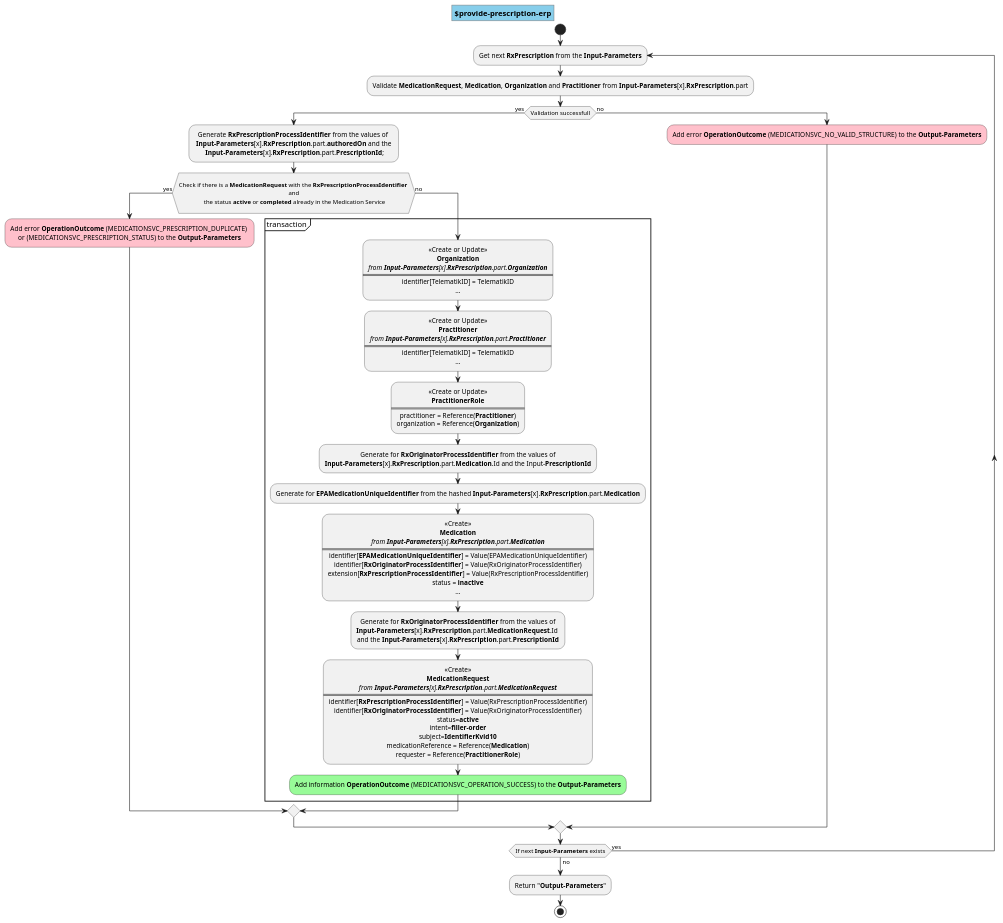
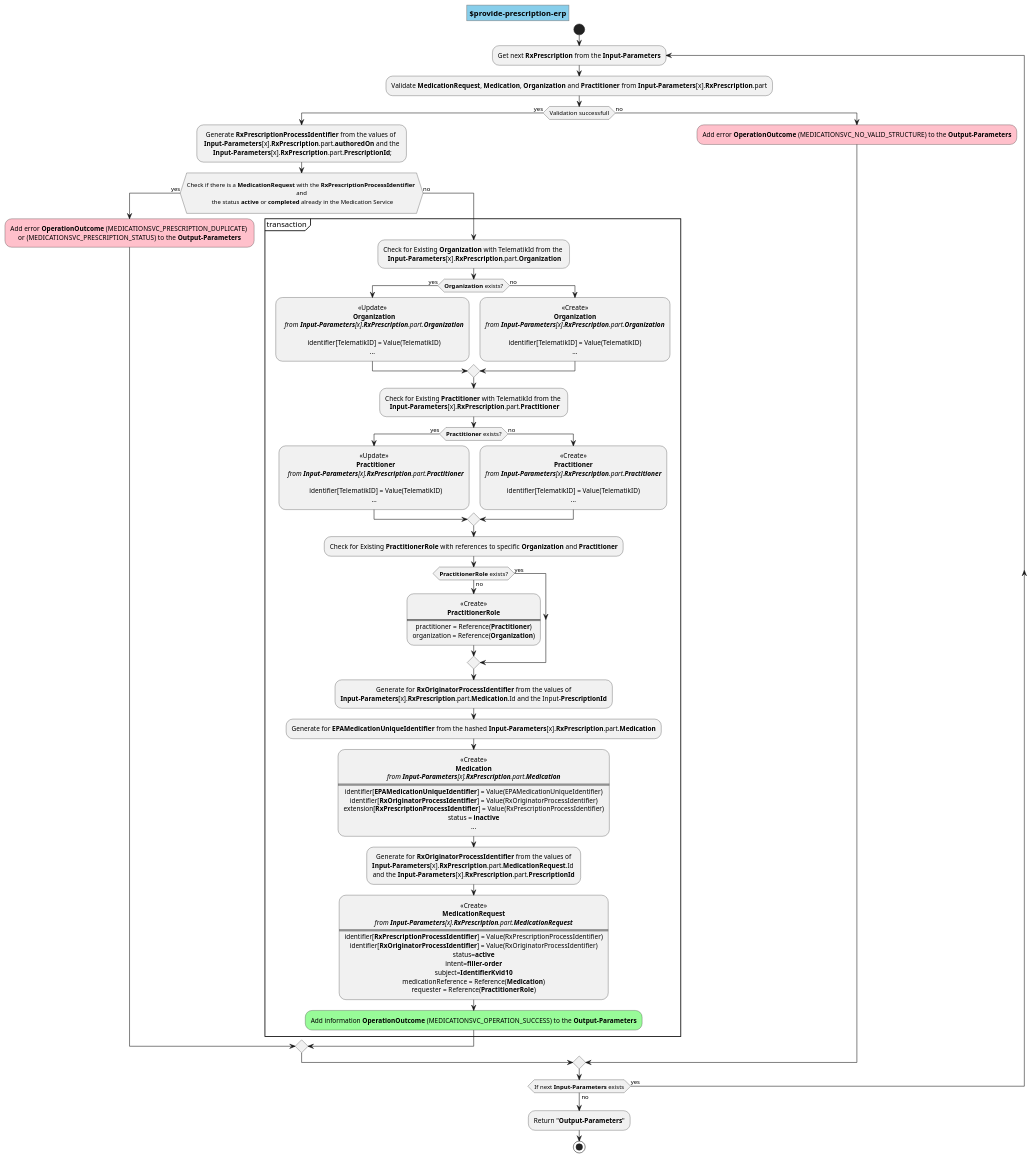
One commit to gematik/ePA-Medication changed the diagram in src/plantuml/operation.provide-prescription-erp.puml. Above: the diagram before and after it, drawn with PlantUML. The commit also changed 28 other files, not shown here.

```diff
--- a/src/plantuml/operation.provide-prescription-erp.puml
+++ b/src/plantuml/operation.provide-prescription-erp.puml
@@ -1,91 +1,129 @@
 @startuml operation.provide-prescription-erp
 skinparam defaultTextAlignment center
 skinparam title {
   backgroundColor SkyBlue
   borderColor Gray
 } 
 title $provide-prescription-erp
 start
 
 
 repeat:Get next <b>RxPrescription</b> from the <b>Input-Parameters</b>;
 
 :Validate <b>MedicationRequest</b>, <b>Medication</b>, <b>Organization</b> and <b>Practitioner</b> from <b>Input-Parameters</b>[x].<b>RxPrescription</b>.part;
 
 if (Validation successfull) then (yes)
   
   :Generate <b>RxPrescriptionProcessIdentifier</b> from the values of \n <b>Input-Parameters</b>[x].<b>RxPrescription</b>.part.<b>authoredOn</b> and the \n <b>Input-Parameters</b>[x].<b>RxPrescription</b>.part.<b>PrescriptionId</b>;;
 
   if(\rCheck if there is a <b>MedicationRequest</b> with the <b>RxPrescriptionProcessIdentifier</b> \n and \n the status <b>active</b> or <b>completed</b> already in the Medication Service\r) then (yes)
     
     #Pink:Add error <b>OperationOutcome</b> (MEDICATIONSVC_PRESCRIPTION_DUPLICATE) \nor (MEDICATIONSVC_PRESCRIPTION_STATUS) to the <b>Output-Parameters</b>; 
   
   else (no)
 
     partition transaction {
         
-      :<< Create or Update >> 
-      <b>Organization</b>
-      <i>from <b>Input-Parameters</b>[x].<b>RxPrescription</b>.part.<b>Organization</b></i>
-      ====
-      identifier[TelematikID] = TelematikID
+      :Check for Existing <b>Organization</b> with TelematikId from the \n <b>Input-Parameters</b>[x].<b>RxPrescription</b>.part.<b>Organization</b>;
+
+      if (<b>Organization</b> exists?) then (yes)
+
+        :<<Update >> 
+        <b>Organization</b>
+        <i>from <b>Input-Parameters</b>[x].<b>RxPrescription</b>.part.<b>Organization</b></i>
+        
+        identifier[TelematikID] = Value(TelematikID)
       ...;
+
+      else (no)
+
+        :<< Create >> 
+        <b>Organization</b>
+        <i>from <b>Input-Parameters</b>[x].<b>RxPrescription</b>.part.<b>Organization</b></i>
         
-      :<< Create or Update >> 
-      <b>Practitioner</b>
-      <i>from <b>Input-Parameters</b>[x].<b>RxPrescription</b>.part.<b>Practitioner</b></i>
-      ====
-      identifier[TelematikID] = TelematikID
+        identifier[TelematikID] = Value(TelematikID)
+        ...;
+
+      endif
+
+      :Check for Existing <b>Practitioner</b> with TelematikId from the \n <b>Input-Parameters</b>[x].<b>RxPrescription</b>.part.<b>Practitioner</b>;
+
+      if (<b>Practitioner</b> exists?) then (yes)
+
+        :<<Update >> 
+        <b>Practitioner</b>
+        <i>from <b>Input-Parameters</b>[x].<b>RxPrescription</b>.part.<b>Practitioner</b></i>
+        
+        identifier[TelematikID] = Value(TelematikID)
       ...;
+
+      else (no)
+
+        :<< Create >> 
+        <b>Practitioner</b>
+        <i>from <b>Input-Parameters</b>[x].<b>RxPrescription</b>.part.<b>Practitioner</b></i>
         
-      :<< Create or Update >> 
-      <b>PractitionerRole</b>
-      ====
-      practitioner = Reference(<b>Practitioner</b>)
-      organization = Reference(<b>Organization</b>);
+        identifier[TelematikID] = Value(TelematikID)
+        ...;
+
+      endif
+
+      :Check for Existing <b>PractitionerRole</b> with references to specific <b>Organization</b> and <b>Practitioner</b>;
+
+      if (<b>PractitionerRole</b> exists?) then (yes)
+
+      else (no)
+        
+        :<< Create >> 
+        <b>PractitionerRole</b>
+        ====
+        practitioner = Reference(<b>Practitioner</b>)
+        organization = Reference(<b>Organization</b>);
+
+      endif
 
       :Generate for <b>RxOriginatorProcessIdentifier</b> from the values of 
       <b>Input-Parameters</b>[x].<b>RxPrescription</b>.part.<b>Medication</b>.Id and the Input-<b>PrescriptionId</b>;
 
       :Generate for <b>EPAMedicationUniqueIdentifier</b> from the hashed <b>Input-Parameters</b>[x].<b>RxPrescription</b>.part.<b>Medication</b>;
         
       :<< Create >>
       <b>Medication</b>
       <i>from <b>Input-Parameters</b>[x].<b>RxPrescription</b>.part.<b>Medication</b></i>
       ====
       identifier[<b>EPAMedicationUniqueIdentifier</b>] = Value(EPAMedicationUniqueIdentifier)
       identifier[<b>RxOriginatorProcessIdentifier</b>] = Value(RxOriginatorProcessIdentifier)
       extension[<b>RxPrescriptionProcessIdentifier</b>] = Value(RxPrescriptionProcessIdentifier)
       status = <b>inactive</b>
       ...;
         
       :Generate for <b>RxOriginatorProcessIdentifier</b> from the values of 
       <b>Input-Parameters</b>[x].<b>RxPrescription</b>.part.<b>MedicationRequest</b>.Id 
       and the <b>Input-Parameters</b>[x].<b>RxPrescription</b>.part.<b>PrescriptionId</b>;
 
       :<< Create >>
       <b>MedicationRequest</b>
       <i>from <b>Input-Parameters</b>[x].<b>RxPrescription</b>.part.<b>MedicationRequest</b></i>
       ====
       identifier[<b>RxPrescriptionProcessIdentifier</b>] = Value(RxPrescriptionProcessIdentifier)
       identifier[<b>RxOriginatorProcessIdentifier</b>] = Value(RxOriginatorProcessIdentifier)
       status=<b>active</b>
       intent=<b>filler-order</b>
       subject=<b>IdentifierKvid10</b>
       medicationReference = Reference(<b>Medication</b>)
       requester = Reference(<b>PractitionerRole</b>);
 
       #PaleGreen:Add information <b>OperationOutcome</b> (MEDICATIONSVC_OPERATION_SUCCESS) to the <b>Output-Parameters</b>;
     }
 
   endif
 
 else (no)
   #Pink:Add error <b>OperationOutcome</b> (MEDICATIONSVC_NO_VALID_STRUCTURE) to the <b>Output-Parameters</b>;
 endif
 
 repeat while (If next <b>Input-Parameters</b> exists) is (yes) not (no)
   
 :Return "<b>Output-Parameters</b>";
 stop  
 @enduml
```
